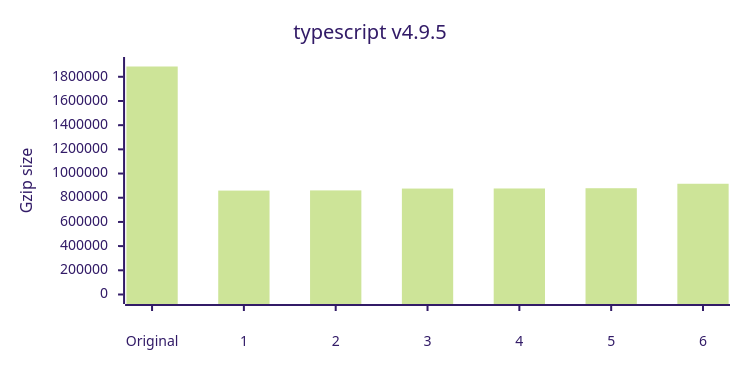
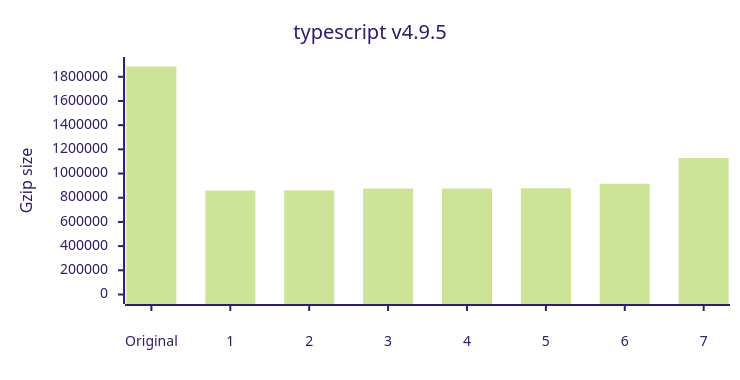
Diagram 12 of 12 in README.md (privatenumber/minification-benchmarks), drawn with Mermaid (forest theme) before and after one commit. The commit also changed other lines of this file and 1 other file, not shown here.

````diff
--- a/README.md
+++ b/README.md
@@ -517,17 +529,17 @@
 ```mermaid
 ---
 config:
     xyChart:
         width: 720
         height: 360
         xAxis:
             labelPadding: 20
         yAxis:
             labelPadding: 10
 ---
 xychart-beta
 	title "typescript v4.9.5"
-	x-axis ["Original",1,2,3,4,5,6]
+	x-axis ["Original",1,2,3,4,5,6,7]
 	y-axis "Gzip size" 0 --> 1884998
-	bar [1884998,859082,860660,875817,876535,878642,915551]
+	bar [1884998,859082,860660,875817,876535,878642,915551,1128072]
 ```
````
